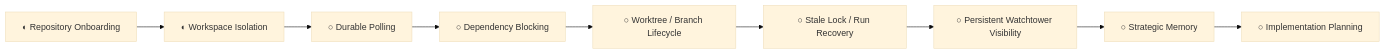
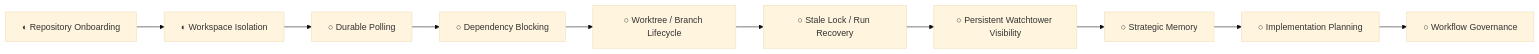
Before and after one commit to RedEagleSoftware/the-circus: the third of 4 diagrams in docs/capability-tree.md, drawn with Mermaid (base theme). The commit also changed other lines of this file and 8 other files, not shown here.

Commit message:
Document workflow governance doctrine

````diff
--- a/docs/capability-tree.md
+++ b/docs/capability-tree.md
@@ -47,21 +48,23 @@
 ```mermaid
 flowchart LR
     onboarding["◐ Repository Onboarding"]
     workspace["◐ Workspace Isolation"]
     polling["○ Durable Polling"]
     dependency["○ Dependency Blocking"]
     lifecycle["○ Worktree / Branch Lifecycle"]
     recovery["○ Stale Lock / Run Recovery"]
     visibility["○ Persistent Watchtower Visibility"]
     memory["○ Strategic Memory"]
     planning["○ Implementation Planning"]
+    governance["○ Workflow Governance"]
 
     onboarding --> workspace
     workspace --> polling
     polling --> dependency
     dependency --> lifecycle
     lifecycle --> recovery
     recovery --> visibility
     visibility --> memory
     memory --> planning
+    planning --> governance
 ```
````
